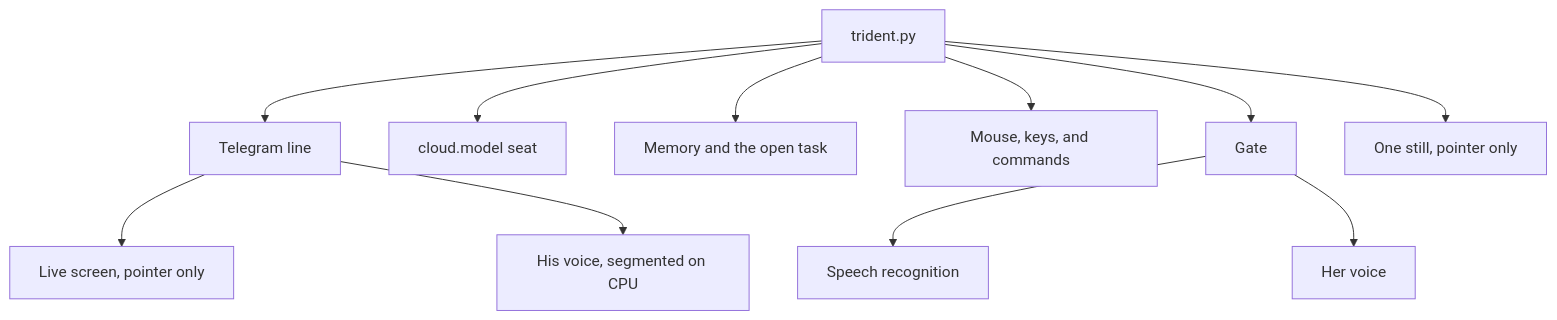
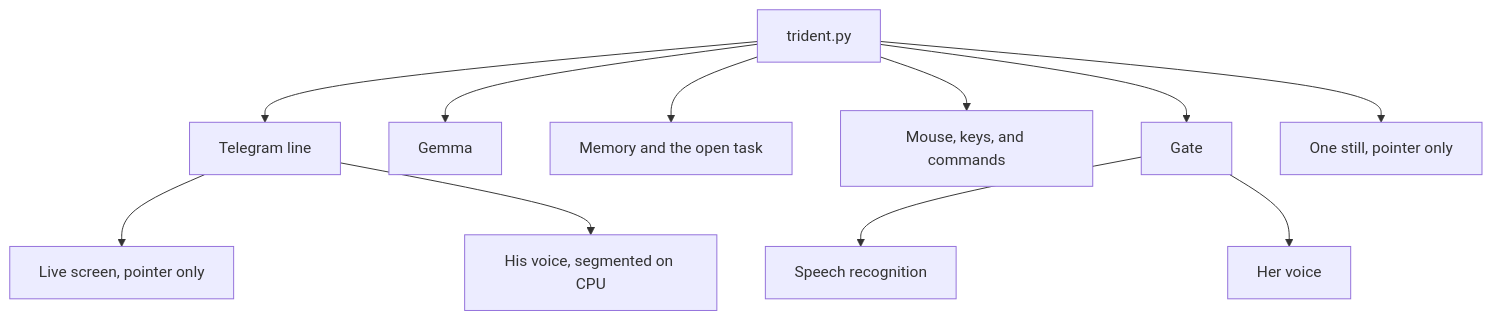
One commit to wgabrys88/Trident changed the third of 3 diagrams in README.md. Above: the diagram before and after it, drawn with Mermaid. The commit also changed other lines of this file and 2 other files, not shown here.

Commit message:
Restore Gemma as the decider, charge every completion, and take one local tick.

````diff
--- a/README.md
+++ b/README.md
@@ -53,13 +53,13 @@
 ```mermaid
 flowchart TB
   mainPy["trident.py"] --> line["Telegram line"]
-  mainPy --> brain["cloud.model seat"]
+  mainPy --> brain["Gemma"]
   mainPy --> memory["Memory and the open task"]
   mainPy --> hands["Mouse, keys, and commands"]
   mainPy --> gate["Gate"]
   line --> screen["Live screen, pointer only"]
   line --> hearing["His voice, segmented on CPU"]
   gate --> ear["Speech recognition"]
   gate --> mouth["Her voice"]
   mainPy --> still["One still, pointer only"]
 ```
````
